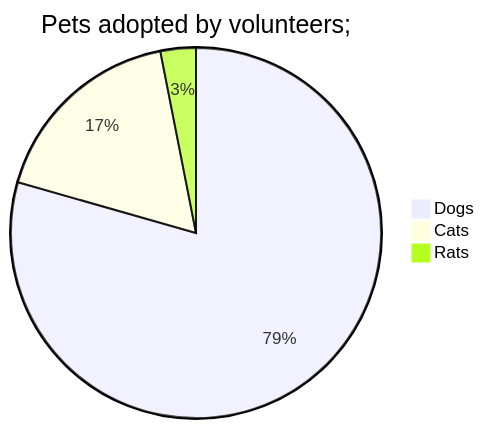
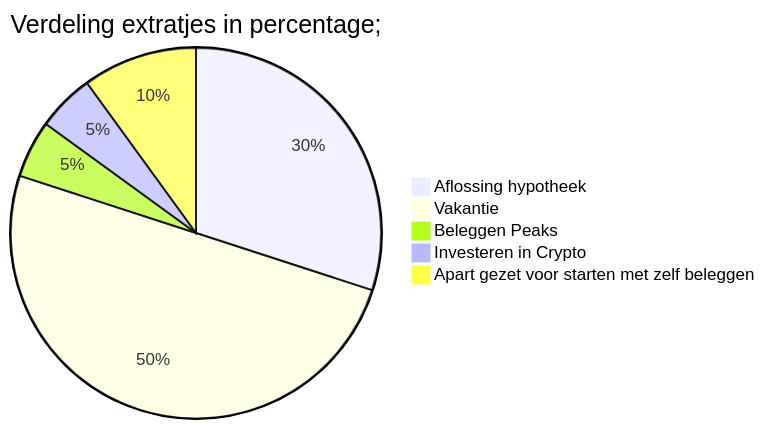
Before and after one commit to financienenzo/financienenzo.github.io: the diagram in _posts/2021-05-22-wat-doe-jij-met-de-extratjes.md, drawn with Mermaid.

```diff
--- a/_posts/2021-05-22-wat-doe-jij-met-de-extratjes.md
+++ b/_posts/2021-05-22-wat-doe-jij-met-de-extratjes.md
@@ -42,6 +42,9 @@
 <div class="mermaid">
-pie title Pets adopted by volunteers;
-    "Dogs" : 386
-    "Cats" : 85
-    "Rats" : 15
+pie 
+title Verdeling extratjes in percentage;
+    "Aflossing hypotheek" : 30
+    "Vakantie" : 50
+    "Beleggen Peaks" : 5
+    "Investeren in Crypto" : 5
+    "Apart gezet voor starten met zelf beleggen" : 10
 </div>
```
